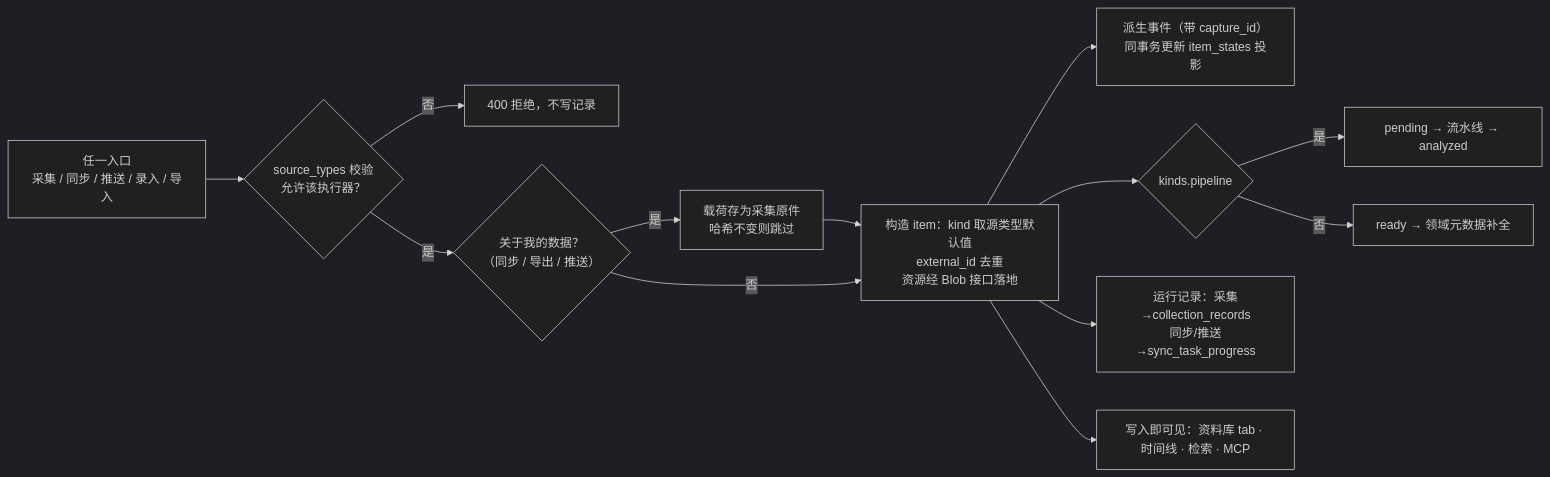
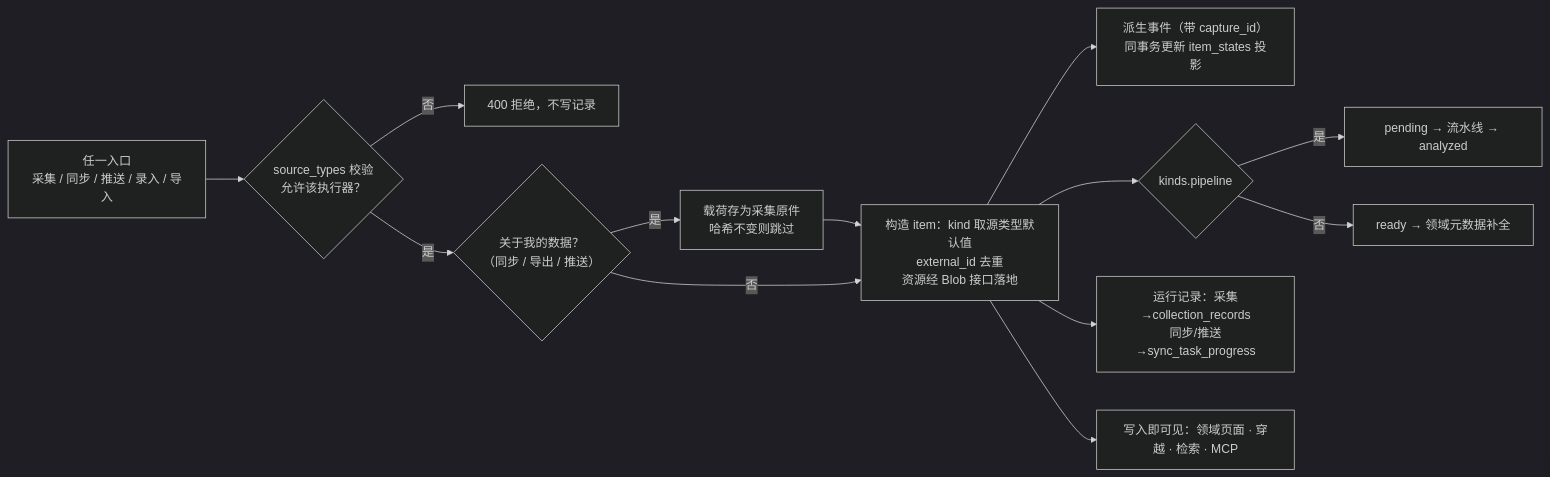
Before and after one commit to keylin/allin-one: the first of 4 diagrams in docs/design_data_model.md, drawn with Mermaid (dark theme). The commit also changed other lines of this file, not shown here.

````diff
--- a/docs/design_data_model.md
+++ b/docs/design_data_model.md
@@ -283,14 +294,14 @@
 ```mermaid
 flowchart LR
   A["任一入口<br/>采集 / 同步 / 推送 / 录入 / 导入"] --> B{"source_types 校验<br/>允许该执行器？"}
   B -->|否| X["400 拒绝，不写记录"]
   B -->|是| CAP{"关于我的数据？<br/>（同步 / 导出 / 推送）"}
   CAP -->|是| CP["载荷存为采集原件<br/>哈希不变则跳过"] --> C
   CAP -->|否| C["构造 item：kind 取源类型默认值<br/>external_id 去重<br/>资源经 Blob 接口落地"]
   C --> EV["派生事件（带 capture_id）<br/>同事务更新 item_states 投影"]
   C --> D{"kinds.pipeline"}
   D -->|是| E["pending → 流水线 → analyzed"]
   D -->|否| F["ready → 领域元数据补全"]
   C --> G["运行记录：采集→collection_records<br/>同步/推送→sync_task_progress"]
-  C --> H["写入即可见：资料库 tab · 时间线 · 检索 · MCP"]
+  C --> H["写入即可见：领域页面 · 穿越 · 检索 · MCP"]
 ```
````
